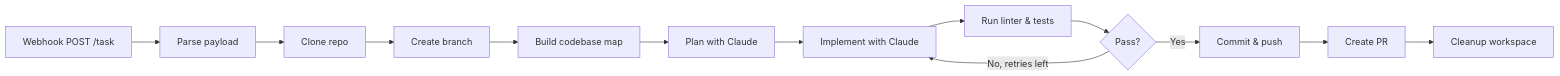
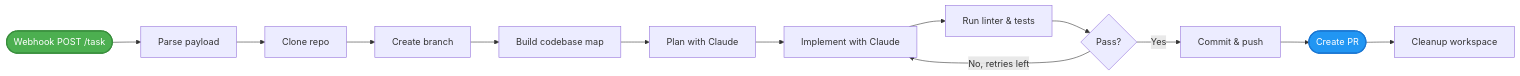
Before and after one commit to machhakiran/Agents-1: the third of 3 diagrams in README.md, drawn with Mermaid. The commit also changed other lines of this file, not shown here.

````diff
--- a/README.md
+++ b/README.md
@@ -76,15 +178,18 @@
 ```mermaid
 flowchart LR
-    A[Webhook POST /task] --> B[Parse payload]
+    A([Webhook POST /task]) --> B[Parse payload]
     B --> C[Clone repo]
     C --> D[Create branch]
     D --> E[Build codebase map]
     E --> F[Plan with Claude]
     F --> G[Implement with Claude]
     G --> H[Run linter & tests]
     H --> I{Pass?}
-    I -->|No, retries left| G
-    I -->|Yes| J[Commit & push]
-    J --> K[Create PR]
+    I -- No, retries left --> G
+    I -- Yes --> J[Commit & push]
+    J --> K([Create PR])
     K --> L[Cleanup workspace]
+    
+    style A fill:#4CAF50,stroke:#388E3C,stroke-width:2px,color:#fff
+    style K fill:#2196F3,stroke:#1976D2,stroke-width:2px,color:#fff
 ```
````
